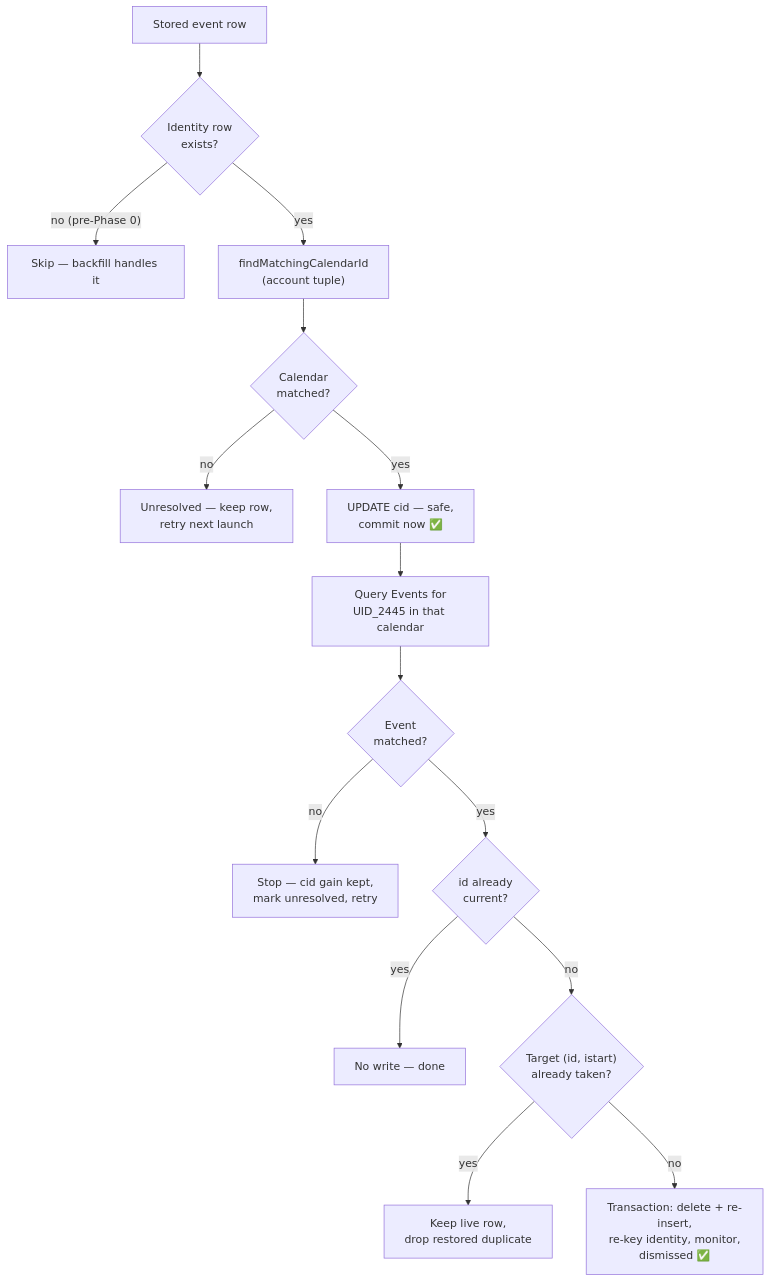
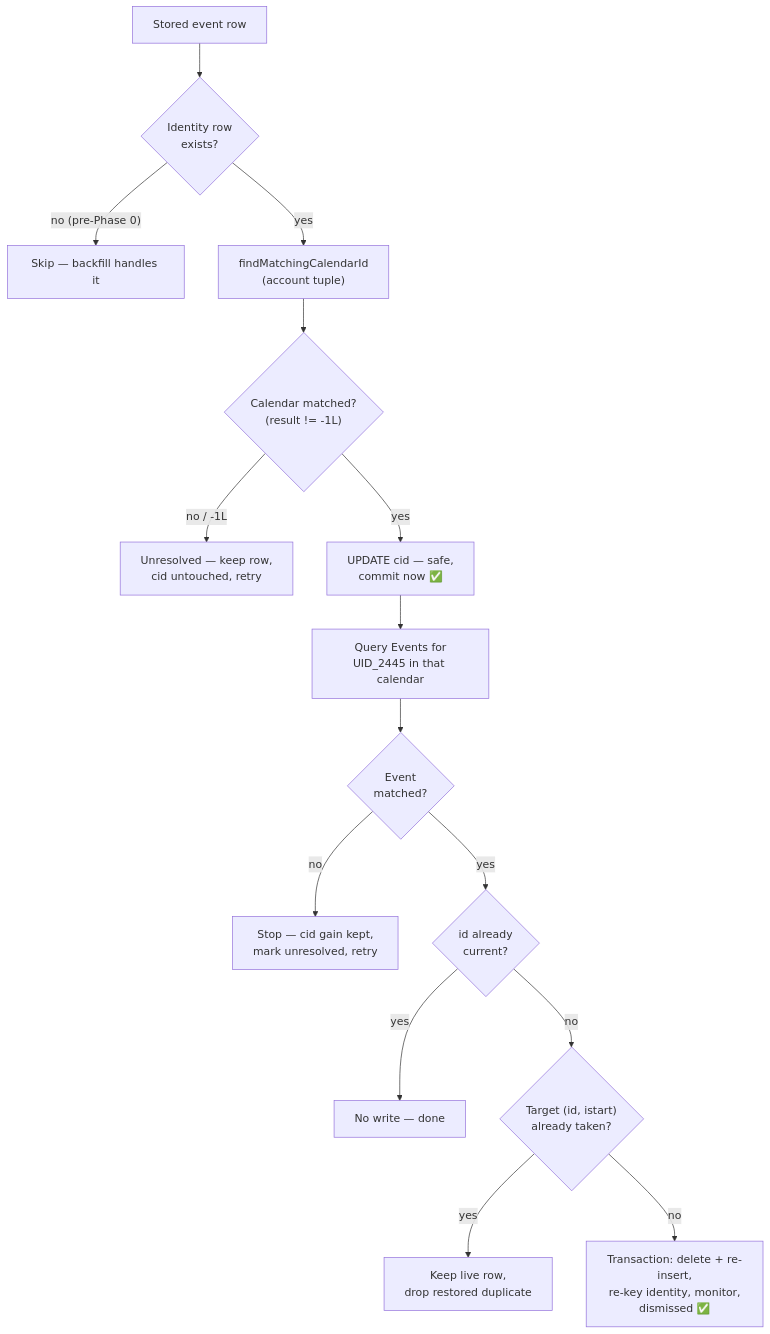
The third of 3 diagrams in docs/dev_todo/portable_event_identity.md (williscool/CalendarNotification), drawn with Mermaid before and after one commit. The commit also changed other lines of this file, not shown here.

````diff
--- a/docs/dev_todo/portable_event_identity.md
+++ b/docs/dev_todo/portable_event_identity.md
@@ -243,21 +261,21 @@
 ```mermaid
 flowchart TD
     A["Stored event row"] --> B{"Identity row<br/>exists?"}
     B -->|"no (pre-Phase 0)"| Z["Skip — backfill handles it"]
     B -->|yes| C["findMatchingCalendarId<br/>(account tuple)"]
 
-    C --> D{"Calendar<br/>matched?"}
-    D -->|no| Y["Unresolved — keep row,<br/>retry next launch"]
+    C --> D{"Calendar matched?<br/>(result != -1L)"}
+    D -->|"no / -1L"| Y["Unresolved — keep row,<br/>cid untouched, retry"]
     D -->|yes| S["UPDATE cid — safe,<br/>commit now ✅"]
 
     S --> E["Query Events for<br/>UID_2445 in that calendar"]
     E --> F{"Event<br/>matched?"}
     F -->|no| X["Stop — cid gain kept,<br/>mark unresolved, retry"]
     F -->|yes| G{"id already<br/>current?"}
 
     G -->|yes| W["No write — done"]
     G -->|no| H{"Target (id, istart)<br/>already taken?"}
 
     H -->|yes| V["Keep live row,<br/>drop restored duplicate"]
     H -->|no| U["Transaction: delete + re-insert,<br/>re-key identity, monitor,<br/>dismissed ✅"]
 ```
````
